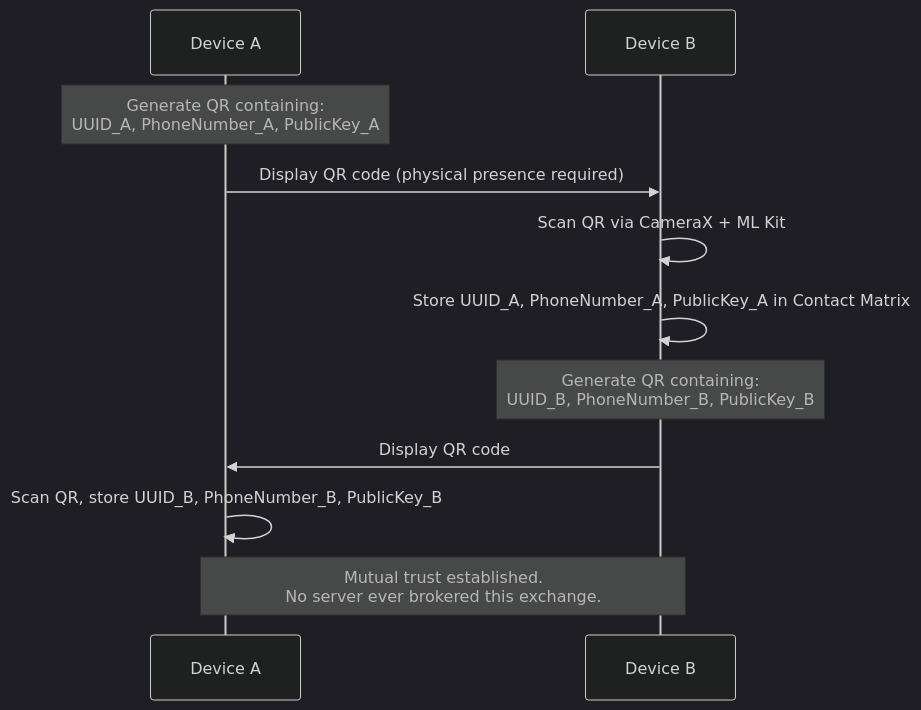
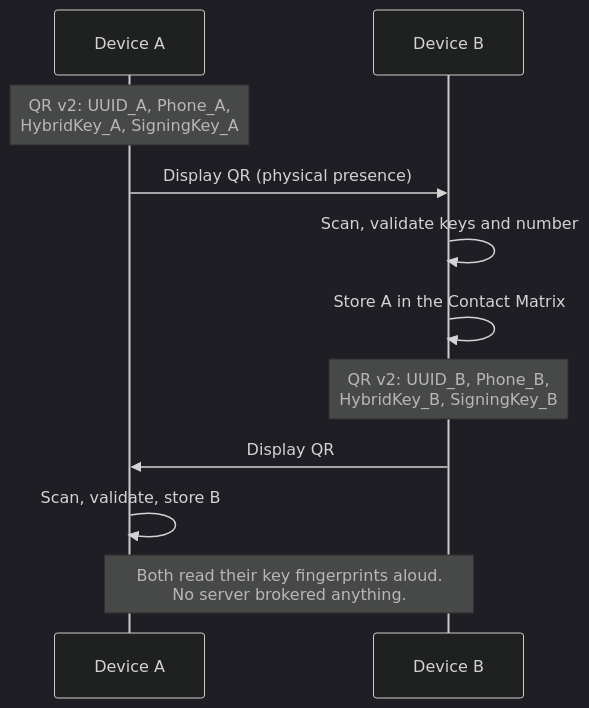
Before and after one commit to uncoalesced/Impart: the diagram in specs/03_SECURITY_PROTOCOL.md, drawn with Mermaid (dark theme). The commit also changed other lines of this file and 6 other files, not shown here.

First line of the commit message:
docs: document signed alerts, the app lock and the legal flow

````diff
--- a/specs/03_SECURITY_PROTOCOL.md
+++ b/specs/03_SECURITY_PROTOCOL.md
@@ -24,14 +27,14 @@
 ```mermaid
 sequenceDiagram
     participant A as Device A
     participant B as Device B
 
-    Note over A: Generate QR containing:<br/>UUID_A, PhoneNumber_A, PublicKey_A
-    A->>B: Display QR code (physical presence required)
-    B->>B: Scan QR via CameraX + ML Kit
-    B->>B: Store UUID_A, PhoneNumber_A, PublicKey_A in Contact Matrix
-    Note over B: Generate QR containing:<br/>UUID_B, PhoneNumber_B, PublicKey_B
-    B->>A: Display QR code
-    A->>A: Scan QR, store UUID_B, PhoneNumber_B, PublicKey_B
-    Note over A,B: Mutual trust established.<br/>No server ever brokered this exchange.
+    Note over A: QR v2: UUID_A, Phone_A,<br/>HybridKey_A, SigningKey_A
+    A->>B: Display QR (physical presence)
+    B->>B: Scan, validate keys and number
+    B->>B: Store A in the Contact Matrix
+    Note over B: QR v2: UUID_B, Phone_B,<br/>HybridKey_B, SigningKey_B
+    B->>A: Display QR
+    A->>A: Scan, validate, store B
+    Note over A,B: Both read their key fingerprints aloud.<br/>No server brokered anything.
 ```
````
